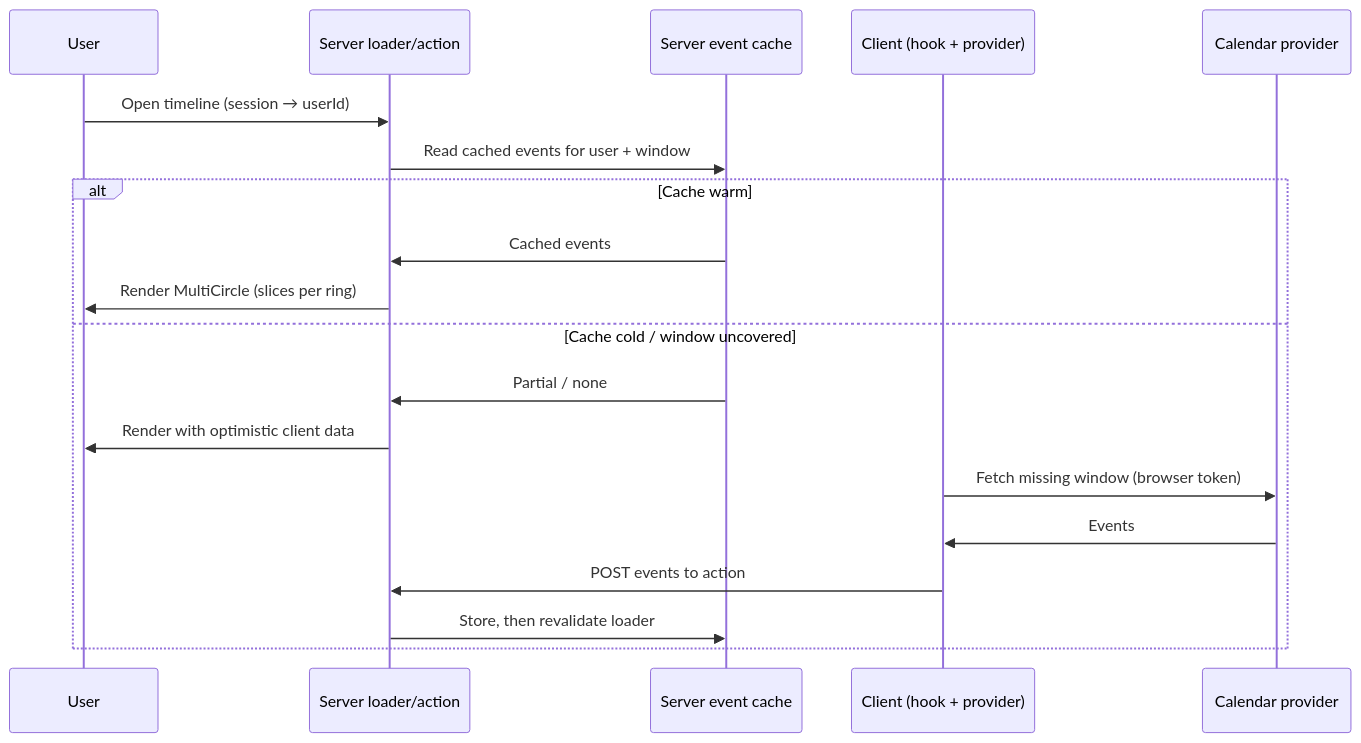
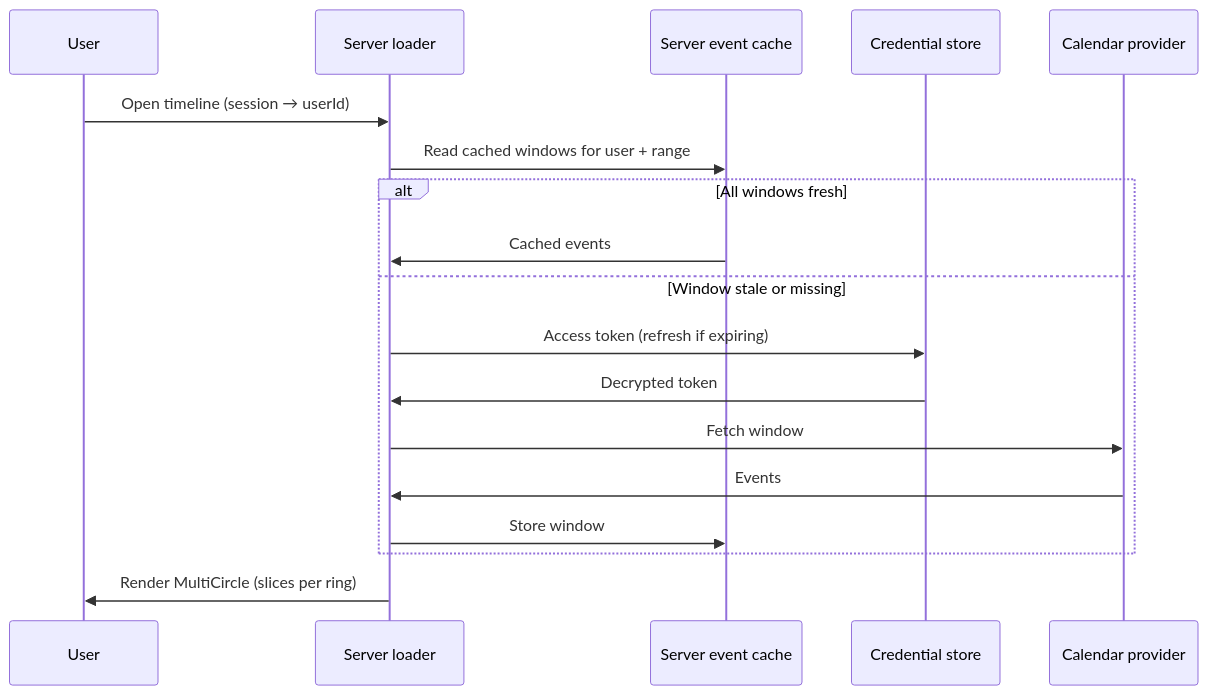
One commit to MiikaNiemela/circular-time-react-app changed the second of 2 diagrams in docs/architecture.md. Above: the diagram before and after it, drawn with Mermaid. The commit also changed other lines of this file and 79 other files, not shown here.

First line of the commit message:
feat(auth): keep provider OAuth tokens on the server (M11.1)

````diff
--- a/docs/architecture.md
+++ b/docs/architecture.md
@@ -55,22 +56,21 @@
 ```mermaid
 sequenceDiagram
     participant U as User
-    participant L as Server loader/action
+    participant L as Server loader
     participant DB as Server event cache
-    participant CL as Client (hook + provider)
+    participant CR as Credential store
     participant API as Calendar provider
 
     U->>L: Open timeline (session → userId)
-    L->>DB: Read cached events for user + window
-    alt Cache warm
+    L->>DB: Read cached windows for user + range
+    alt All windows fresh
         DB->>L: Cached events
-        L->>U: Render MultiCircle (slices per ring)
-    else Cache cold / window uncovered
-        DB->>L: Partial / none
-        L->>U: Render with optimistic client data
-        CL->>API: Fetch missing window (browser token)
-        API->>CL: Events
-        CL->>L: POST events to action
-        L->>DB: Store, then revalidate loader
+    else Window stale or missing
+        L->>CR: Access token (refresh if expiring)
+        CR->>L: Decrypted token
+        L->>API: Fetch window
+        API->>L: Events
+        L->>DB: Store window
     end
+    L->>U: Render MultiCircle (slices per ring)
 ```
````
